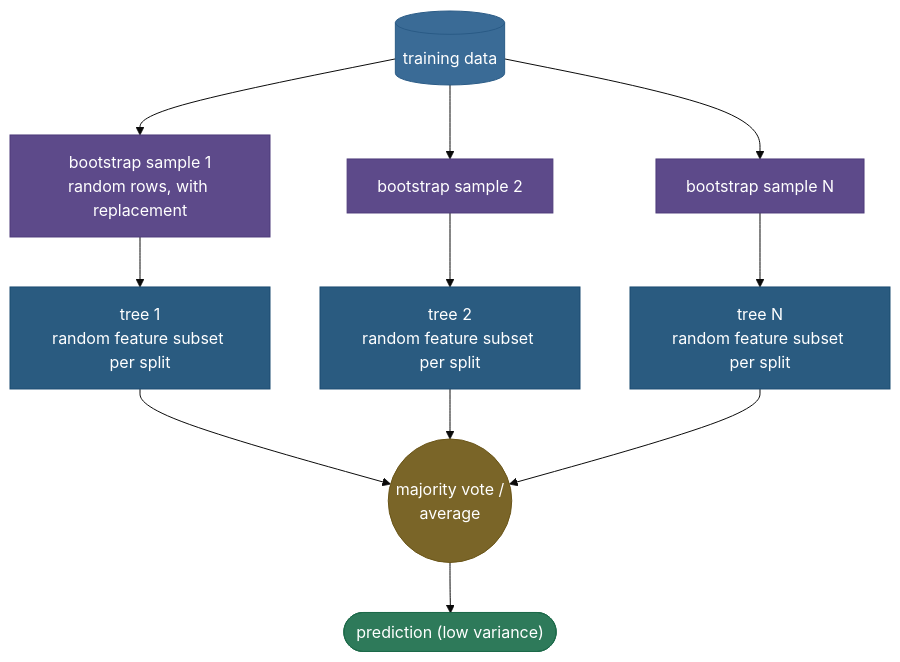
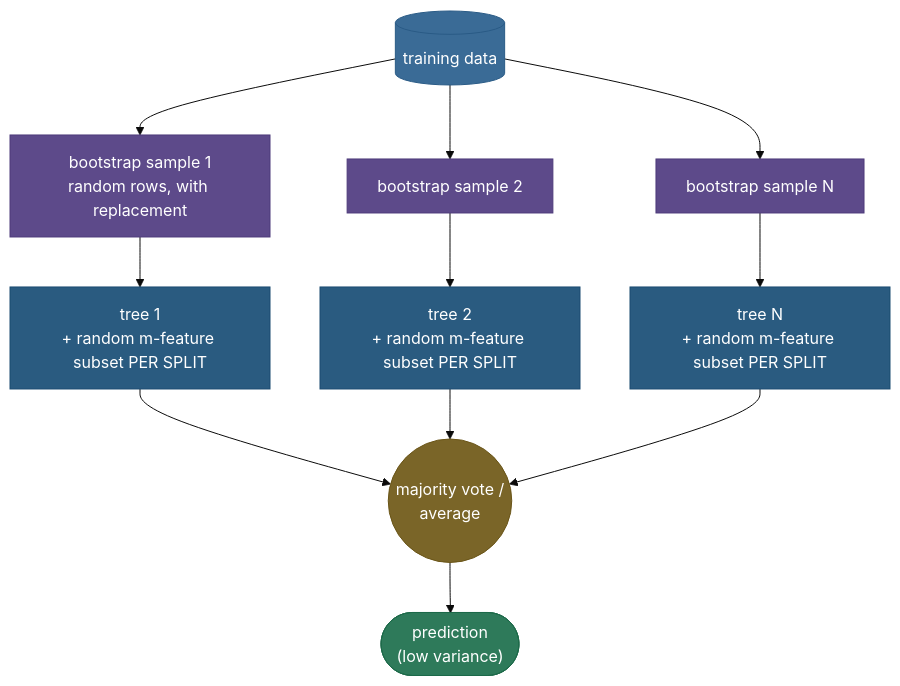
Before and after one commit to sudhir13s/AI-ML-learning-resources: the second of 3 diagrams in 03. Supervised_Learning/concepts/09-Random-Forests.md, drawn with Mermaid (base theme). The commit also changed other lines of this file and 3 other files, not shown here.

````diff
--- a/03. Supervised_Learning/concepts/09-Random-Forests.md
+++ b/03. Supervised_Learning/concepts/09-Random-Forests.md
@@ -59,19 +123,19 @@
 ```mermaid
 graph TD
     D[("training data")]:::data --> B1["bootstrap sample 1<br/>random rows, with replacement"]:::process
     D --> B2["bootstrap sample 2"]:::process
     D --> B3["bootstrap sample N"]:::process
-    B1 --> T1["tree 1<br/>random feature subset per split"]:::navy
-    B2 --> T2["tree 2<br/>random feature subset per split"]:::navy
-    B3 --> T3["tree N<br/>random feature subset per split"]:::navy
+    B1 --> T1["tree 1<br/>+ random m-feature subset PER SPLIT"]:::navy
+    B2 --> T2["tree 2<br/>+ random m-feature subset PER SPLIT"]:::navy
+    B3 --> T3["tree N<br/>+ random m-feature subset PER SPLIT"]:::navy
     T1 --> V(("majority vote /<br/>average")):::amber
     T2 --> V
     T3 --> V
-    V --> O(["prediction (low variance)"]):::out
+    V --> O(["prediction<br/>(low variance)"]):::out
 
     classDef data fill:#3A6B96,stroke:#2A5B86,color:#fff
     classDef process fill:#5D4A8A,stroke:#4D3A7A,color:#fff
     classDef navy fill:#2A5B80,stroke:#1A4B70,color:#fff
     classDef amber fill:#7A6528,stroke:#6A5518,color:#fff
     classDef out fill:#2E7A5A,stroke:#1E6A4A,color:#fff
 ```
````
